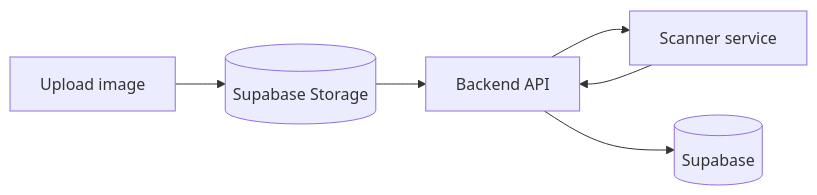
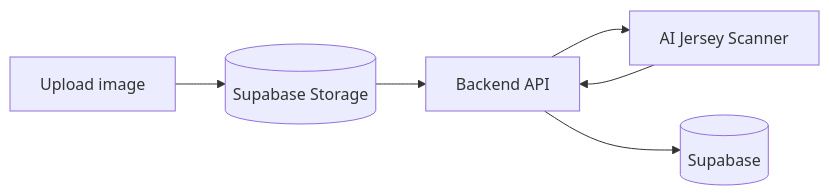
The third of 4 diagrams in data-flow.mdx (reboundjerseys/rebound-docs), drawn with Mermaid before and after one commit. The commit also changed other lines of this file and 57 other files, not shown here.

````diff
--- a/data-flow.mdx
+++ b/data-flow.mdx
@@ -30,8 +30,8 @@
 ```mermaid
 flowchart LR
   Upload[Upload image] --> Storage[(Supabase Storage)]
   Storage --> Backend[Backend API]
-  Backend --> Scanner[Scanner service]
+  Backend --> Scanner[AI Jersey Scanner]
   Scanner --> Backend
   Backend --> DB[(Supabase)]
 ```
````
